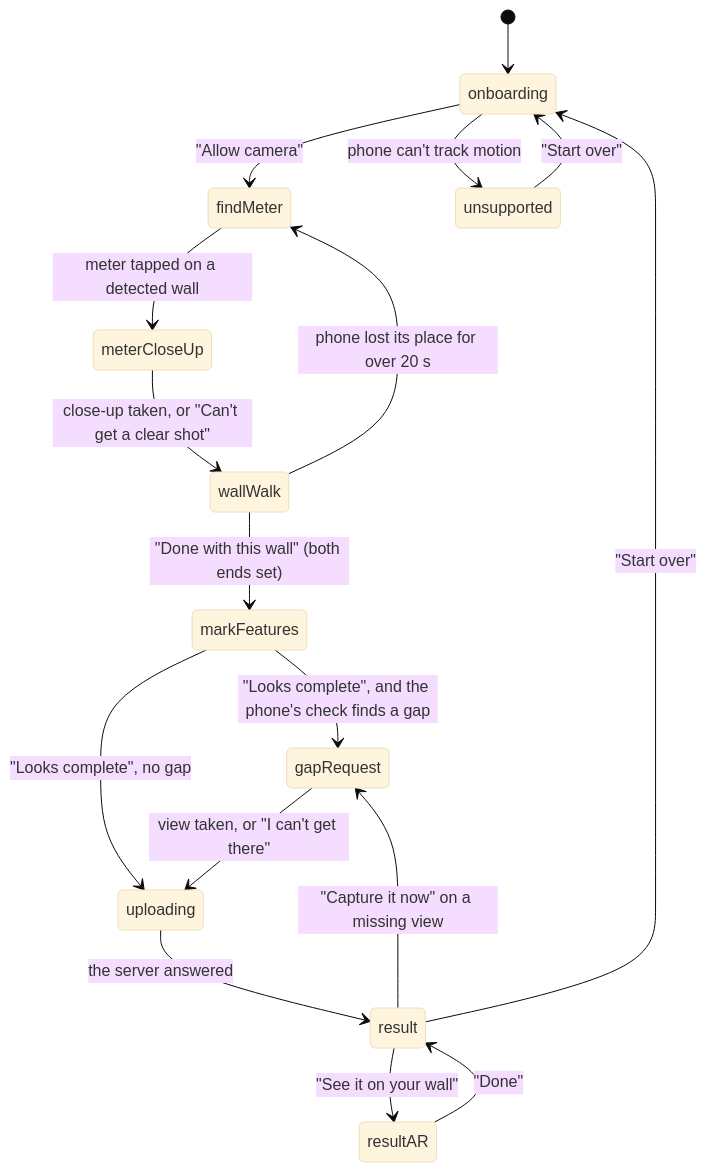
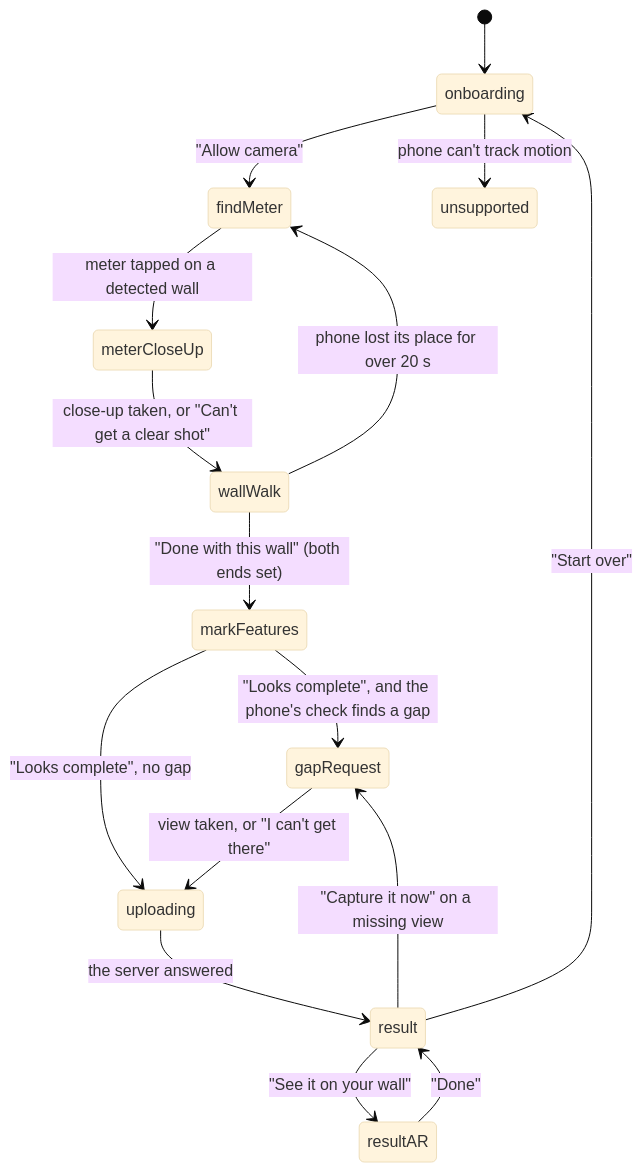
One commit to SamGu-NRX/BaseScanner changed the diagram in verification/product/foundations/flow.md. Above: the diagram before and after it, drawn with Mermaid (base theme). The commit also changed other lines of this file and 24 other files, not shown here.

````diff
--- a/verification/product/foundations/flow.md
+++ b/verification/product/foundations/flow.md
@@ -28,19 +28,18 @@
 ```mermaid
 stateDiagram-v2
     [*] --> onboarding
     onboarding --> findMeter : "Allow camera"
     onboarding --> unsupported : phone can't track motion
     findMeter --> meterCloseUp : meter tapped on a detected wall
     meterCloseUp --> wallWalk : close-up taken, or "Can't get a clear shot"
     wallWalk --> markFeatures : "Done with this wall" (both ends set)
     markFeatures --> gapRequest : "Looks complete", and the phone's check finds a gap
     markFeatures --> uploading : "Looks complete", no gap
     gapRequest --> uploading : view taken, or "I can't get there"
     uploading --> result : the server answered
     result --> gapRequest : "Capture it now" on a missing view
     result --> resultAR : "See it on your wall"
     resultAR --> result : "Done"
     result --> onboarding : "Start over"
-    unsupported --> onboarding : "Start over"
     wallWalk --> findMeter : phone lost its place for over 20 s
 ```
````
